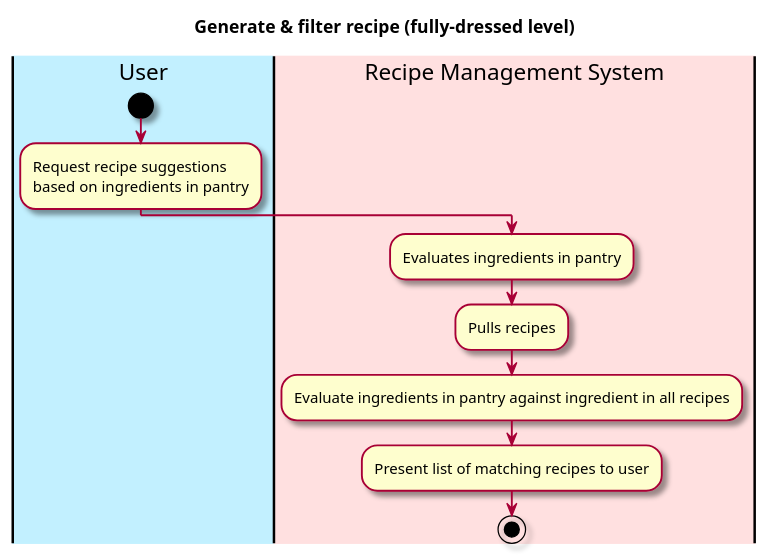
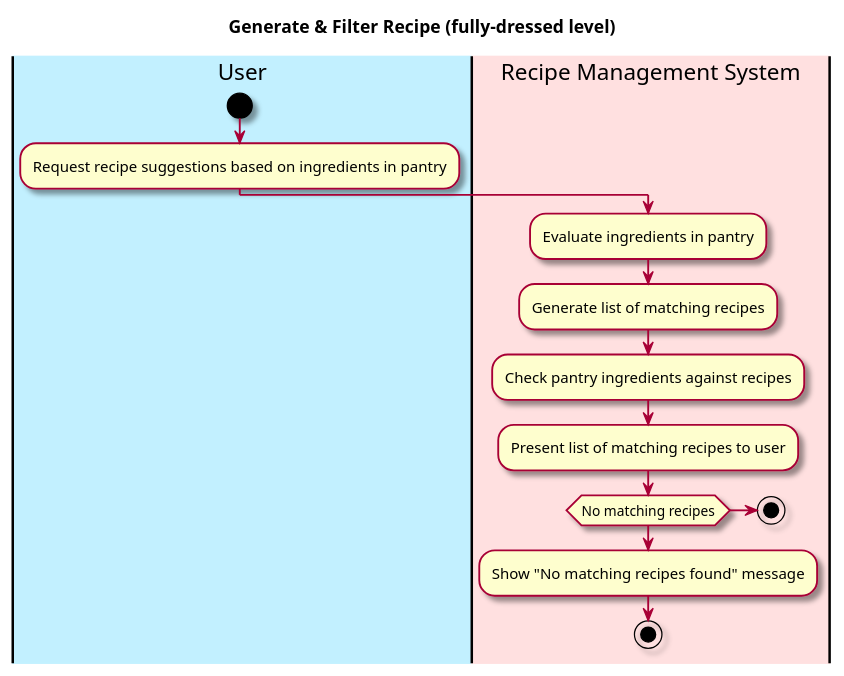
One commit to berthashipper/Pantry-Pal-Android-Application changed the first of 2 diagrams in intellij/doc/use-cases/generate_recipe.md. Above: the diagram before and after it, drawn with PlantUML. The commit also changed other lines of this file and 11 other files, not shown here.

Commit message:
Updated sequence diagrams and workflows to reflect real code

````diff
--- a/intellij/doc/use-cases/generate_recipe.md
+++ b/intellij/doc/use-cases/generate_recipe.md
@@ -30,27 +30,32 @@
 ```plantuml
 @startuml
 
 skin rose
 
-title Generate & filter recipe (fully-dressed level)
+title Generate & Filter Recipe (fully-dressed level)
 
 'define the lanes
 |#application|User|
 |#implementation|Recipe Management System|
 
 |User|
 start
-:Request recipe suggestions
-based on ingredients in pantry;
+:Request recipe suggestions based on ingredients in pantry;
 
 |Recipe Management System|
-:Evaluates ingredients in pantry;
-:Pulls recipes;
+:Evaluate ingredients in pantry;
+:Generate list of matching recipes;
 
 |Recipe Management System|
-:Evaluate ingredients in pantry against ingredient in all recipes;
+:Check pantry ingredients against recipes;
 :Present list of matching recipes to user;
 
-stop
+if (No matching recipes)
+    :Show "No matching recipes found" message;
+    stop
+   else
+   stop
 @enduml
+
+
 ```
````
